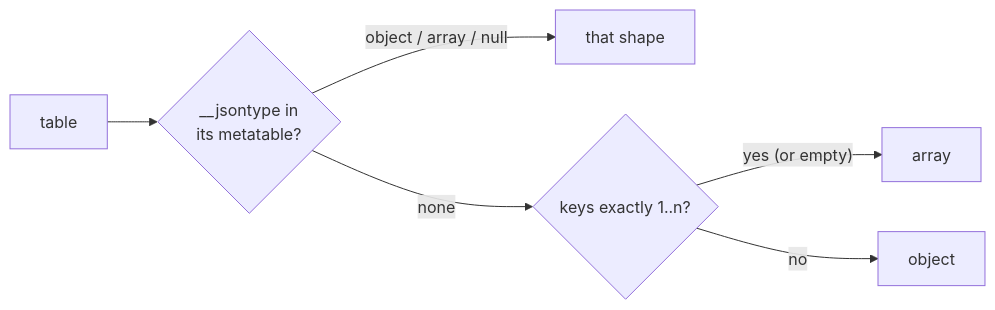
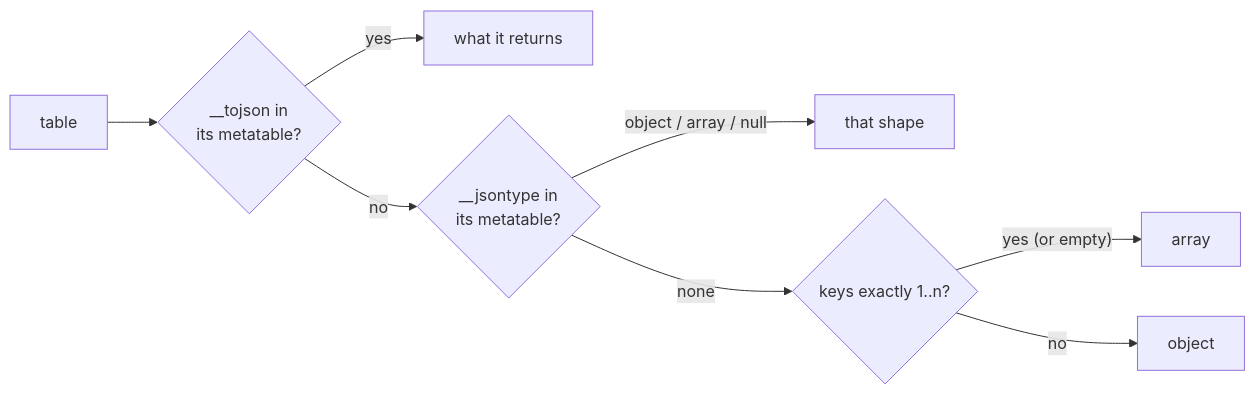
The diagram in docs/design/json.md (orbitscript-lang/OrbitScript), drawn with Mermaid before and after one commit. The commit also changed other lines of this file and 5 other files, not shown here.

````diff
--- a/docs/design/json.md
+++ b/docs/design/json.md
@@ -34,8 +34,10 @@
 ```mermaid
 flowchart LR
-    t["table"] --> m{"__jsontype in<br/>its metatable?"}
+    t["table"] --> h{"__tojson in<br/>its metatable?"}
+    h -- "yes" --> r["what it returns"]
+    h -- "no" --> m{"__jsontype in<br/>its metatable?"}
     m -- "object / array / null" --> shape["that shape"]
     m -- "none" --> k{"keys exactly 1..n?"}
     k -- "yes (or empty)" --> arr["array"]
     k -- "no" --> obj["object"]
 ```
````
